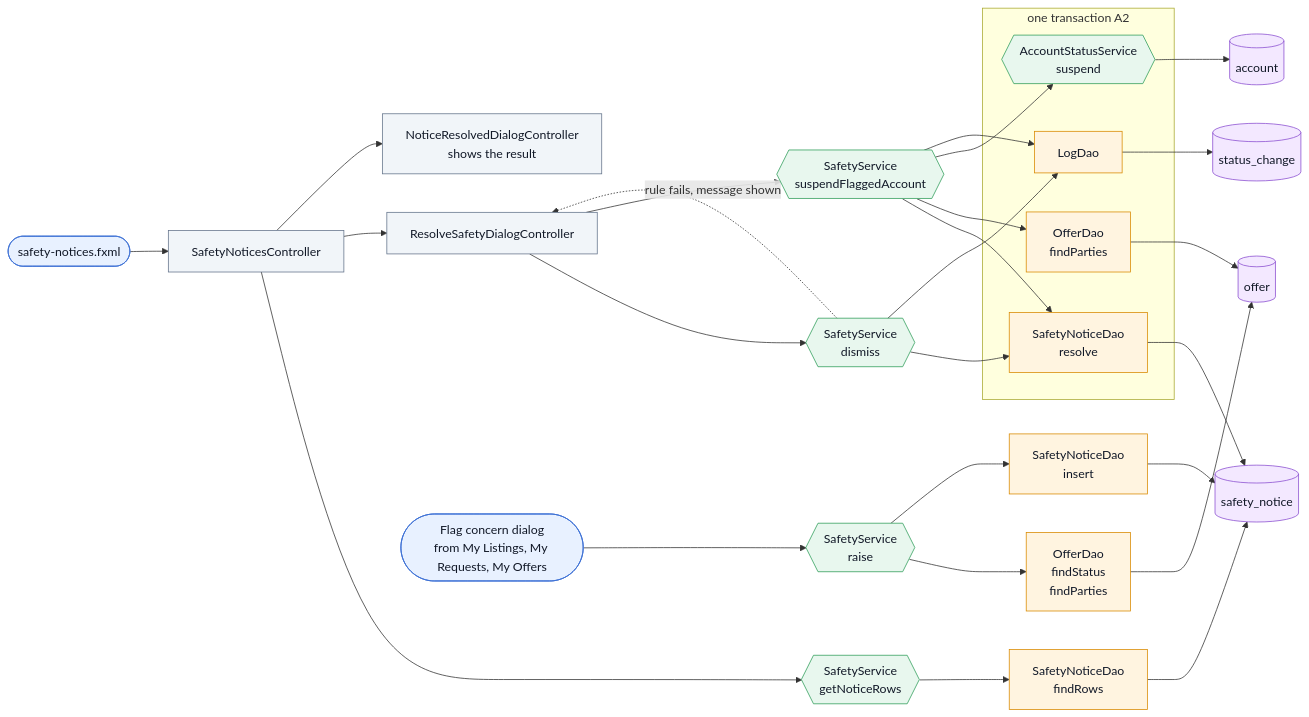
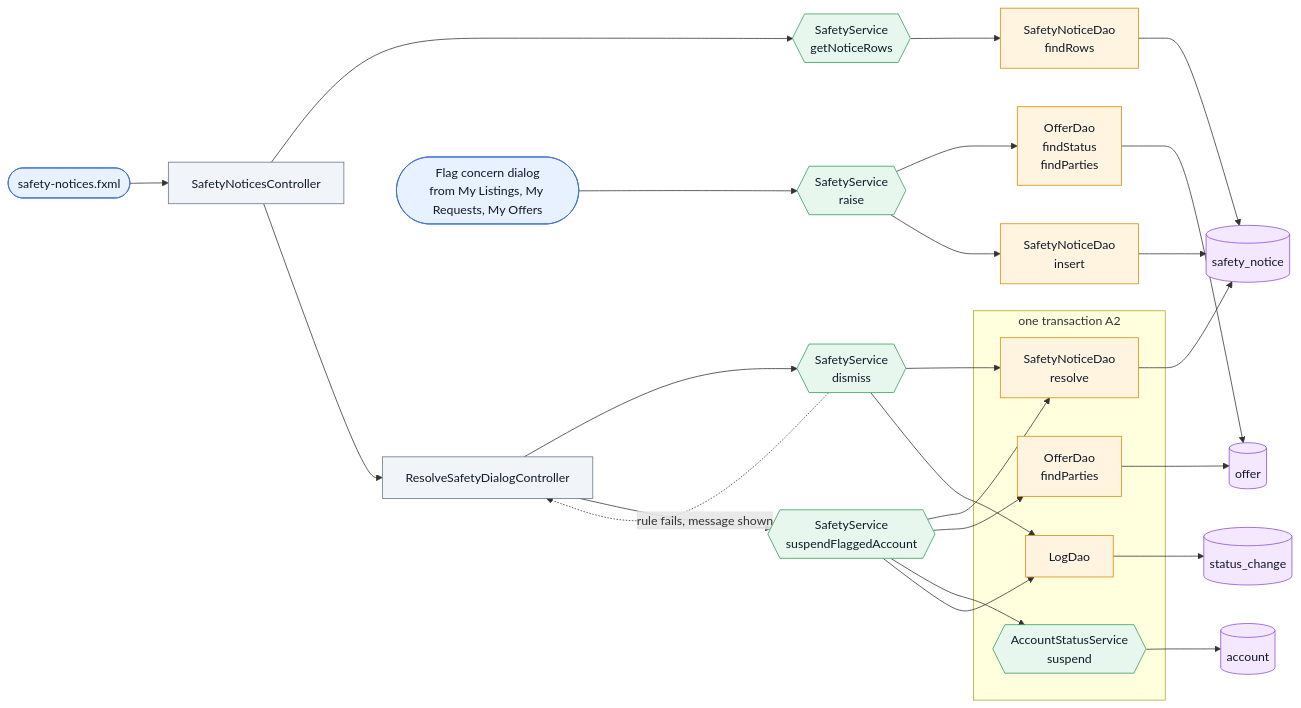
One commit to Az-Zav/ANIPLATO changed the seventh of 18 diagrams in docs/MAP.md. Above: the diagram before and after it, drawn with Mermaid. The commit also changed other lines of this file and 27 other files, not shown here.

````diff
--- a/docs/MAP.md
+++ b/docs/MAP.md
@@ -653,34 +651,33 @@
 ```mermaid
 flowchart LR
   classDef screen fill:#e8f1ff,stroke:#3b6fd4,color:#111827
   classDef ctrl fill:#f1f5f9,stroke:#64748b,color:#111827
   classDef svc fill:#e8f7ee,stroke:#2f9e5a,color:#111827
   classDef dao fill:#fff4e0,stroke:#d98a00,color:#111827
   classDef tbl fill:#f3e8ff,stroke:#8a4fd1,color:#111827
   classDef planned fill:#ffffff,stroke:#94a3b8,stroke-dasharray:5 3,color:#475569
   N([safety-notices.fxml]):::screen --> NC[SafetyNoticesController]:::ctrl --> GR{{SafetyService<br/>getNoticeRows}}:::svc --> FR[SafetyNoticeDao<br/>findRows]:::dao --> TN[(safety_notice)]:::tbl
   NC --> RS[ResolveSafetyDialogController]:::ctrl
   RS --> DI{{SafetyService<br/>dismiss}}:::svc
   RS --> SF{{SafetyService<br/>suspendFlaggedAccount}}:::svc
   DI -. rule fails, message shown .-> RS
   subgraph TX[one transaction A2]
     RE[SafetyNoticeDao<br/>resolve]:::dao
     PA[OfferDao<br/>findParties]:::dao
     SU{{AccountStatusService<br/>suspend}}:::svc
     LG[LogDao]:::dao
   end
   DI --> RE
   SF --> RE
   SF --> PA
   SF --> SU
   DI --> LG
   SF --> LG
   RE --> TN
   PA --> TO[(offer)]:::tbl
   SU --> TA[(account)]:::tbl
   LG --> TL[(status_change)]:::tbl
-  NC --> NR[NoticeResolvedDialogController<br/>shows the result]:::ctrl
   FD([Flag concern dialog<br/>from My Listings, My Requests, My Offers]):::screen --> RA{{SafetyService<br/>raise}}:::svc
   RA --> OS[OfferDao<br/>findStatus<br/>findParties]:::dao --> TO
   RA --> IN[SafetyNoticeDao<br/>insert]:::dao --> TN
 ```
````
